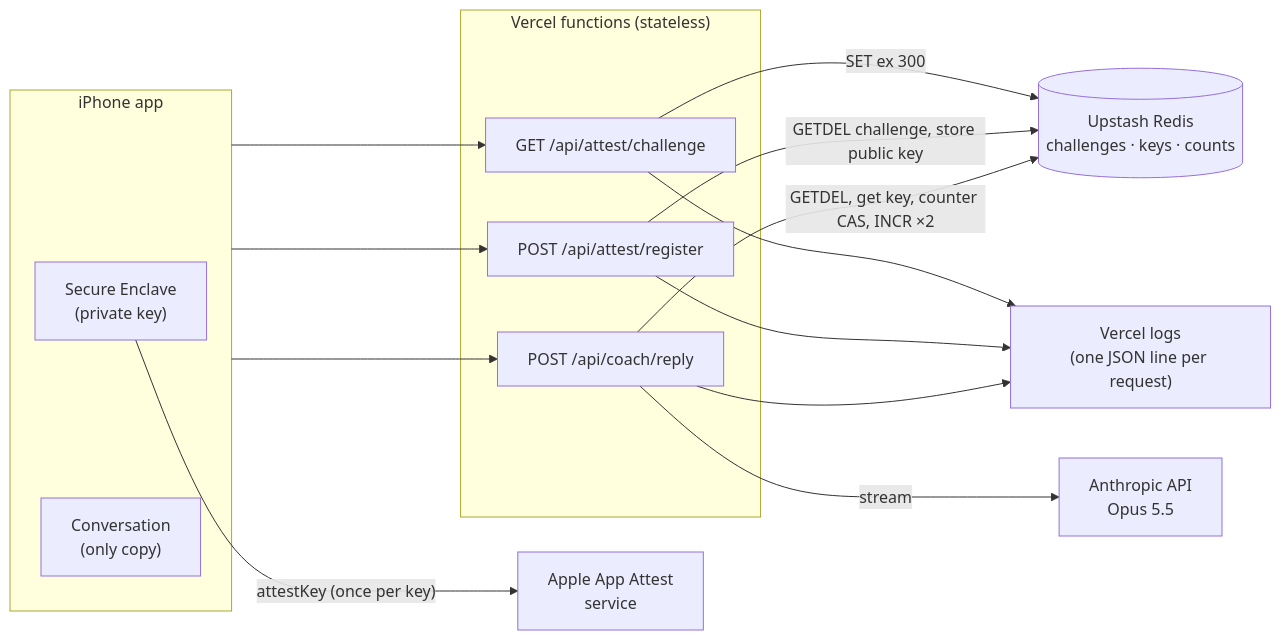
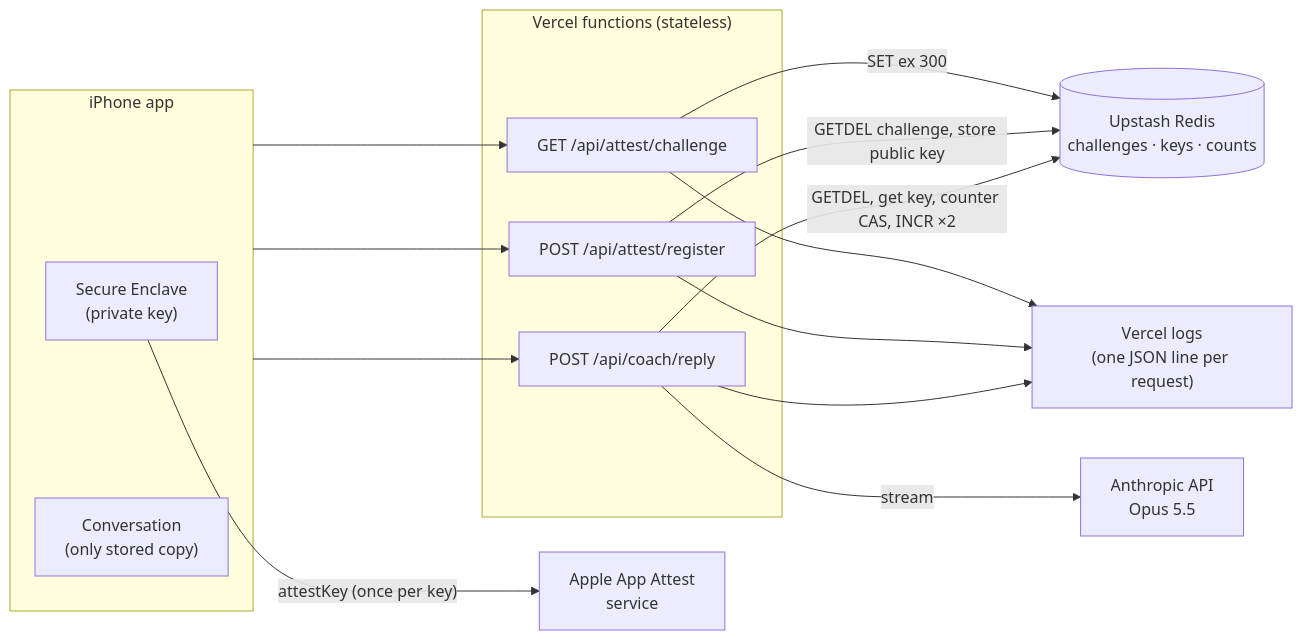
Before and after one commit to jnnabugwu/steady-backend: the first of 2 diagrams in docs/ddia-learnings.md, drawn with Mermaid. The commit also changed other lines of this file, not shown here.

Commit message:
docs: review fixes (stored copy, latencyMs scope, redeploy) and preStreamMs as merged

````diff
--- a/docs/ddia-learnings.md
+++ b/docs/ddia-learnings.md
@@ -40,24 +40,24 @@
 ```mermaid
 flowchart LR
   subgraph Phone["iPhone app"]
     SE["Secure Enclave<br/>(private key)"]
-    Conv["Conversation<br/>(only copy)"]
+    Conv["Conversation<br/>(only stored copy)"]
   end
   Apple["Apple App Attest<br/>service"]
   subgraph Vercel["Vercel functions (stateless)"]
     Ch["GET /api/attest/challenge"]
     Reg["POST /api/attest/register"]
     Rep["POST /api/coach/reply"]
   end
   Redis[("Upstash Redis<br/>challenges · keys · counts")]
   Anth["Anthropic API<br/>Opus 5.5"]
   Logs["Vercel logs<br/>(one JSON line per request)"]
 
   SE -- "attestKey (once per key)" --> Apple
   Phone --> Ch & Reg & Rep
   Ch -- "SET ex 300" --> Redis
   Reg -- "GETDEL challenge, store public key" --> Redis
   Rep -- "GETDEL, get key, counter CAS, INCR ×2" --> Redis
   Rep -- "stream" --> Anth
   Ch & Reg & Rep --> Logs
 ```
````
